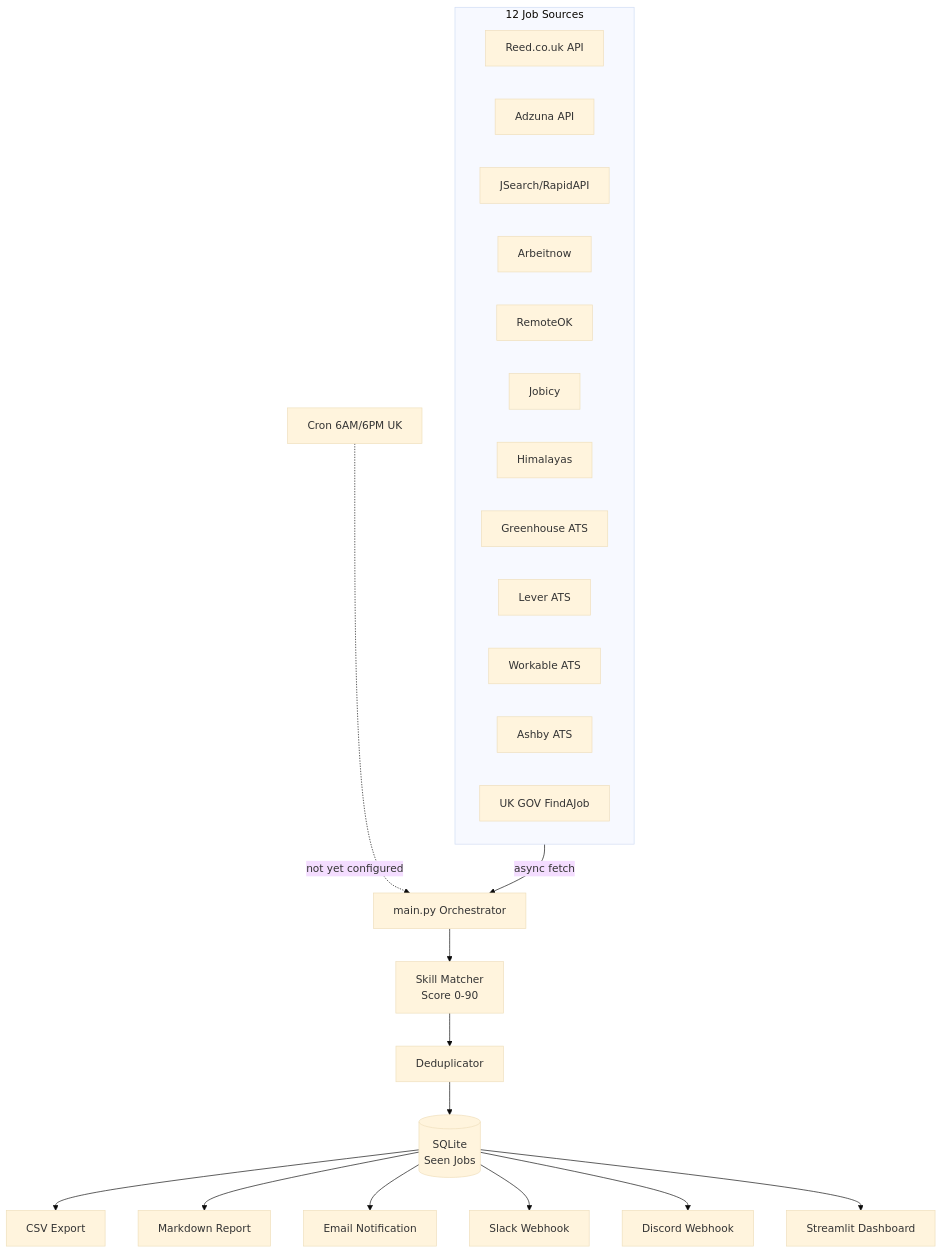
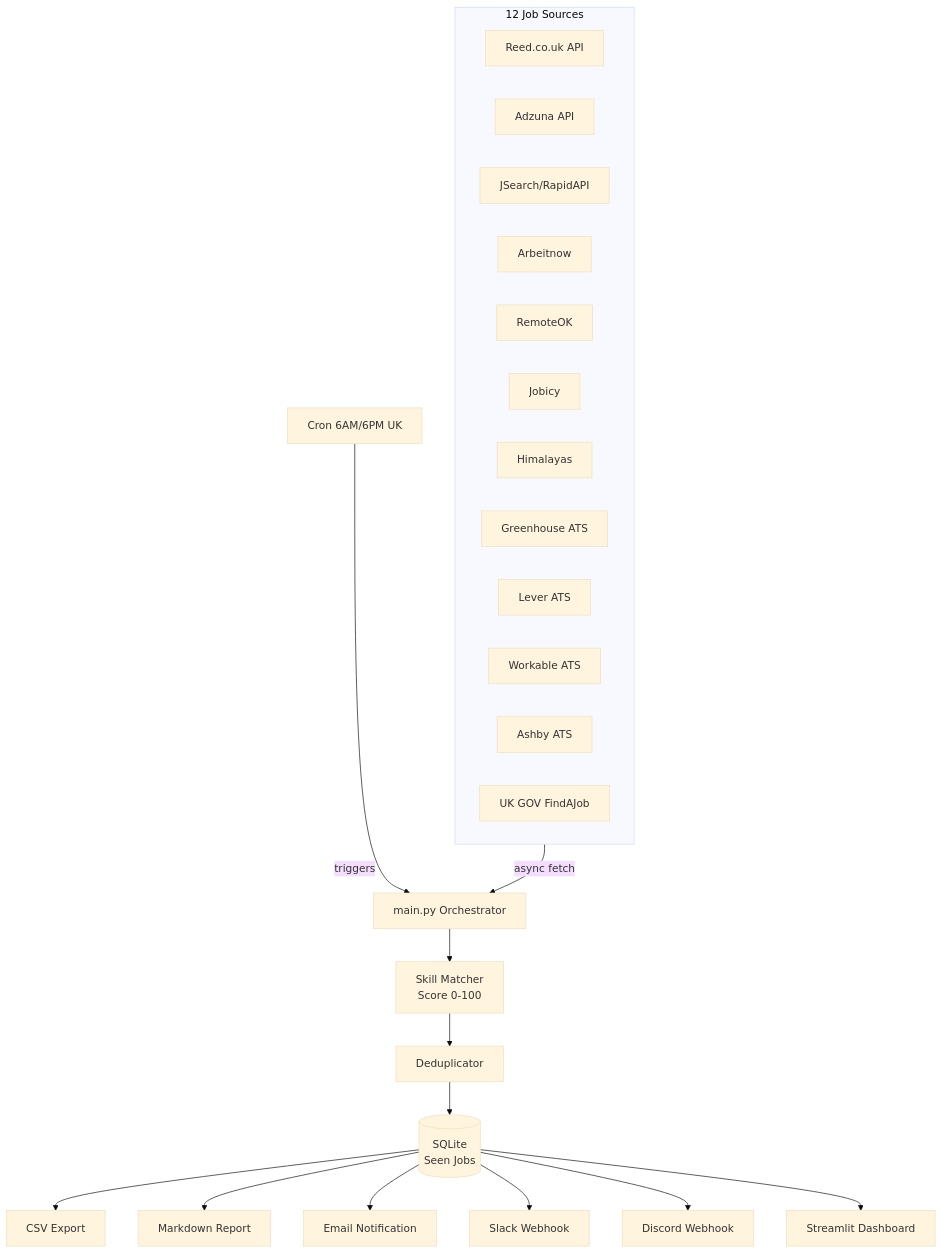
Before and after one commit to Ranjith36963/job360: the diagram in README.md, drawn with Mermaid (base theme). The commit also changed other lines of this file and 4 other files, not shown here.

````diff
--- a/README.md
+++ b/README.md
@@ -7,29 +7,29 @@
 ```mermaid
 flowchart TD
     subgraph Sources["12 Job Sources"]
         A1[Reed.co.uk API]
         A2[Adzuna API]
         A3[JSearch/RapidAPI]
         B1[Arbeitnow]
         B2[RemoteOK]
         B3[Jobicy]
         B4[Himalayas]
         C1[Greenhouse ATS]
         C2[Lever ATS]
         C3[Workable ATS]
         C4[Ashby ATS]
         D1[UK GOV FindAJob]
     end
 
     Sources -->|async fetch| Orchestrator[main.py Orchestrator]
-    Orchestrator --> Scorer[Skill Matcher\nScore 0-90]
+    Orchestrator --> Scorer[Skill Matcher\nScore 0-100]
     Scorer --> Dedup[Deduplicator]
     Dedup --> DB[(SQLite\nSeen Jobs)]
     DB --> CSV[CSV Export]
     DB --> Report[Markdown Report]
     DB --> Email[Email Notification]
     DB --> Slack[Slack Webhook]
     DB --> Discord[Discord Webhook]
     DB --> Dashboard[Streamlit Dashboard]
-    Cron[Cron 6AM/6PM UK] -.->|not yet configured| Orchestrator
+    Cron[Cron 6AM/6PM UK] -->|triggers| Orchestrator
 ```
````
